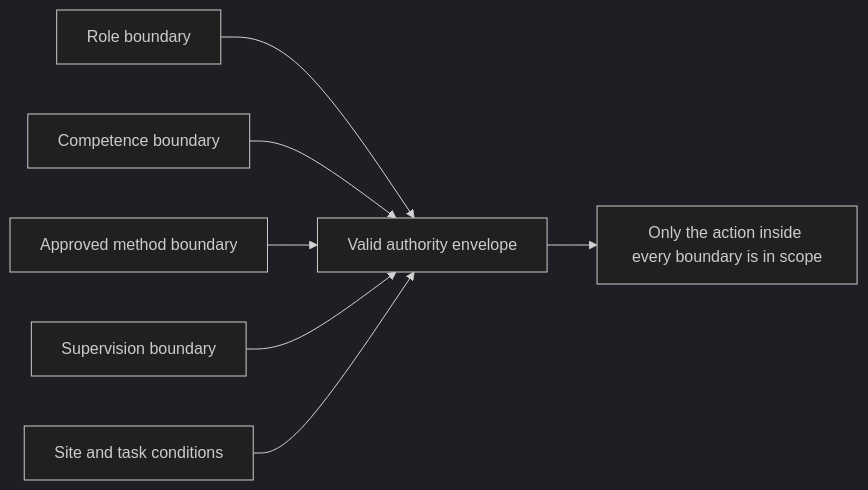
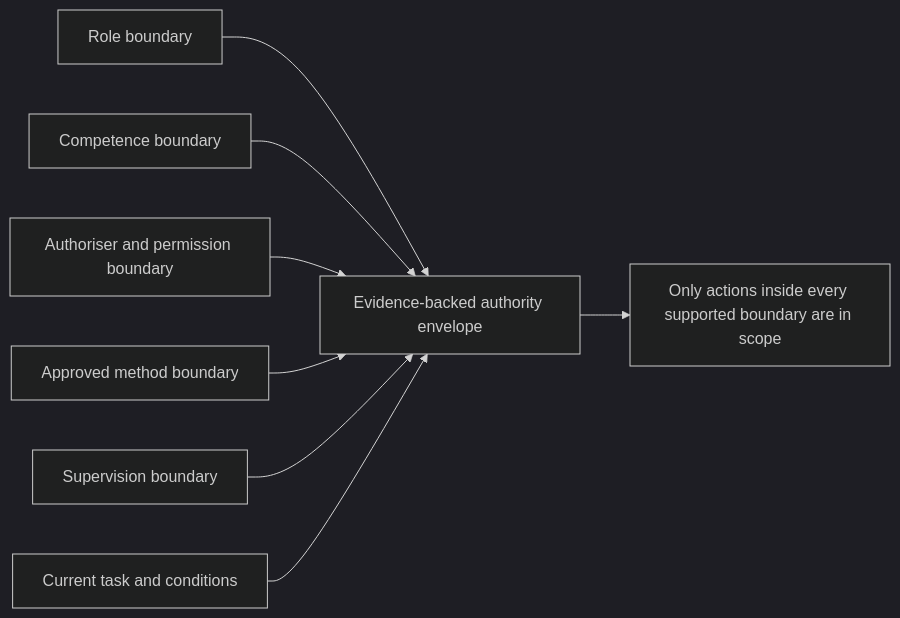
Before and after one commit to andrew3stedall/capstone: the second of 2 diagrams in docs/learning-plans/12-week/modules/day-03-roles-authority-supervision-and-practical-stop-conditions.md, drawn with Mermaid (dark theme). The commit also changed other lines of this file and 3 other files, not shown here.

Commit message:
Improve Day 3 authority-boundary learning module

````diff
--- a/docs/learning-plans/12-week/modules/day-03-roles-authority-supervision-and-practical-stop-conditions.md
+++ b/docs/learning-plans/12-week/modules/day-03-roles-authority-supervision-and-practical-stop-conditions.md
@@ -147,9 +147,10 @@
 ```mermaid
 flowchart LR
-    R["Role boundary"] --> E["Valid authority envelope"]
+    R["Role boundary"] --> E["Evidence-backed authority envelope"]
     C["Competence boundary"] --> E
+    A["Authoriser and permission boundary"] --> E
     M["Approved method boundary"] --> E
     S["Supervision boundary"] --> E
-    X["Site and task conditions"] --> E
-    E --> O["Only the action inside every boundary is in scope"]
+    X["Current task and conditions"] --> E
+    E --> O["Only actions inside every supported boundary are in scope"]
 ```
````
